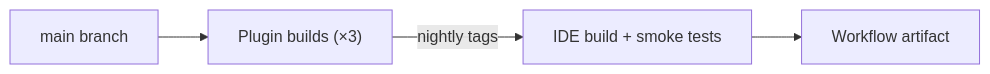
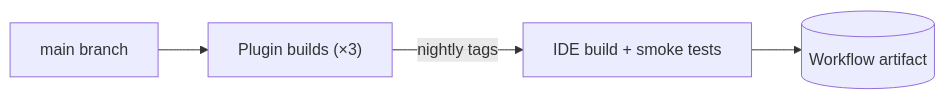
The second of 5 diagrams in docs/cicd-pipelines.md (NipunaRanasinghe/wso2i-process-guides), drawn with Mermaid before and after one commit. The commit also changed other lines of this file and 3 other files, not shown here.

````diff
--- a/docs/cicd-pipelines.md
+++ b/docs/cicd-pipelines.md
@@ -36,6 +36,6 @@
 ```mermaid
 graph LR
     M["main branch"] --> PL["Plugin builds (×3)"]
     PL -->|nightly tags| AS["IDE build + smoke tests"]
-    AS --> IA["Workflow artifact"]
+    AS --> IA[("Workflow artifact")]
 ```
````
